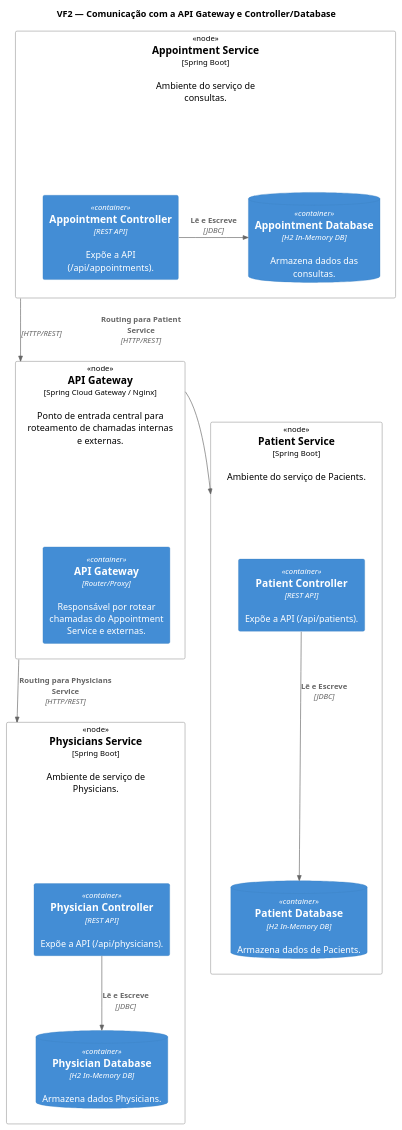
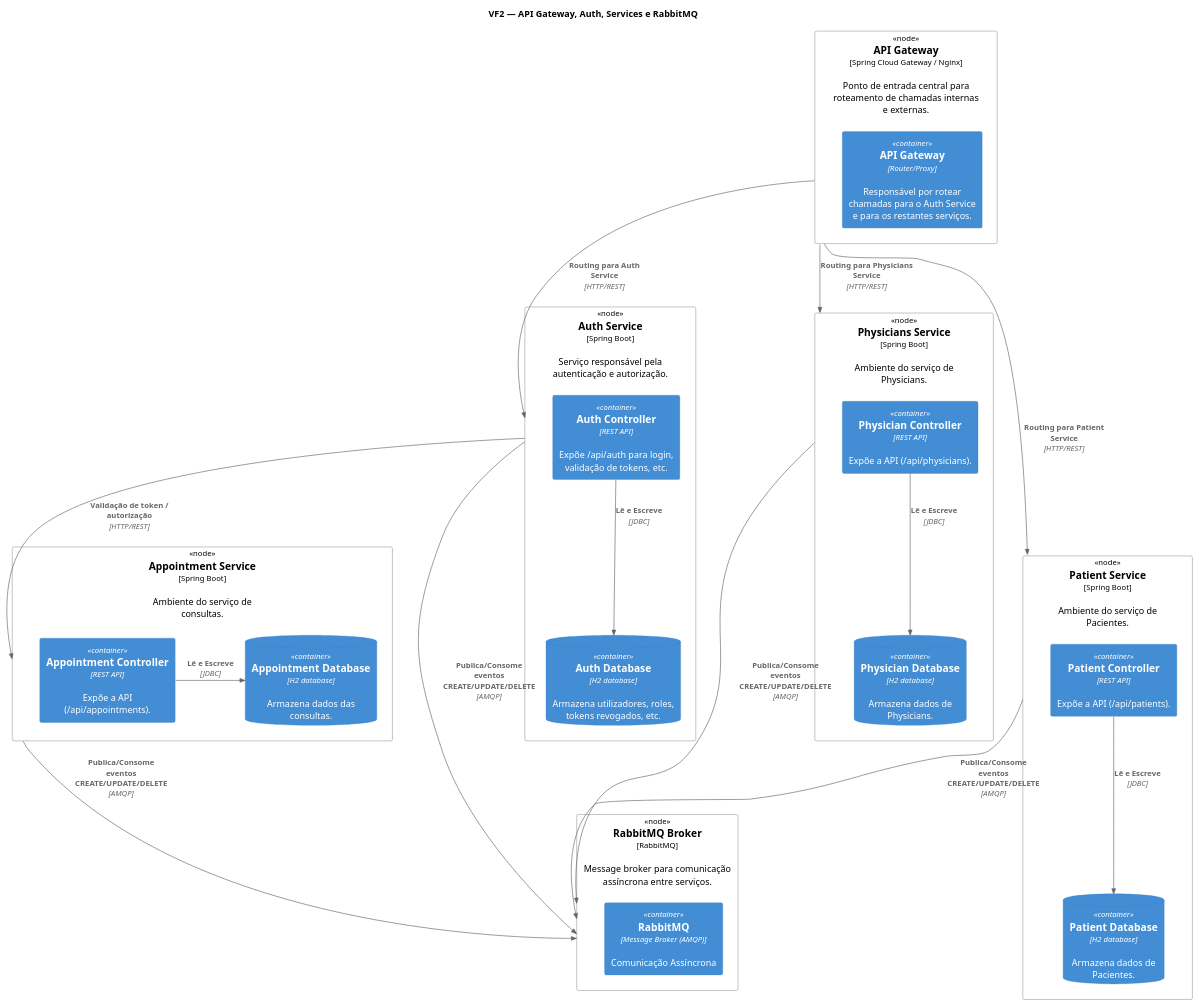
One commit to 1211104/PROJ_SIDIS2025 changed the diagram in docs/iteração2/Vista Física/VF2.puml. Above: the diagram before and after it, drawn with PlantUML. The commit also changed 6 other files, not shown here.

Commit message:
Documentation updated to include RabbitMQ and Auth Service

```diff
--- a/docs/iteração2/Vista Física/VF2.puml
+++ b/docs/iteração2/Vista Física/VF2.puml
@@ -1,36 +1,60 @@
-@startuml C4 Deployment Diagram - With API Gateway
+@startuml C4 Deployment Diagram - With API Gateway and RabbitMQ
 
 !include https://raw.githubusercontent.com/plantuml-stdlib/C4-PlantUML/master/C4_Container.puml
 !include https://raw.githubusercontent.com/plantuml-stdlib/C4-PlantUML/master/C4_Deployment.puml
 
-title VF2 — Comunicação com a API Gateway e Controller/Database
+title VF2 — API Gateway, Auth, Services e RabbitMQ
 
-    Deployment_Node(APIGatewayNode, "API Gateway", "Spring Cloud Gateway / Nginx", "Ponto de entrada central para roteamento de chamadas internas e externas.") {
-        Container(APIGateway, "API Gateway", "Router/Proxy", "Responsável por rotear chamadas do Appointment Service e externas.")
-    }
 
-    Deployment_Node(AppointmentServiceNode, "Appointment Service", "Spring Boot", "Ambiente do serviço de consultas.") {
-        Container(AppointmentController, "Appointment Controller", "REST API", "Expõe a API (/api/appointments).")
-        ContainerDb(AppointmentDB, "Appointment Database", "H2 In-Memory DB", "Armazena dados das consultas.")
-    }
+Deployment_Node(APIGatewayNode, "API Gateway", "Spring Cloud Gateway / Nginx", "Ponto de entrada central para roteamento de chamadas internas e externas.") {
+    Container(APIGateway, "API Gateway", "Router/Proxy", "Responsável por rotear chamadas para o Auth Service e para os restantes serviços.")
+}
 
-    Deployment_Node(PatientServiceNode, "Patient Service", "Spring Boot", "Ambiente do serviço de Pacients.") {
-        Container(PatientController, "Patient Controller", "REST API", "Expõe a API (/api/patients).")
-        ContainerDb(PatientDB, "Patient Database", "H2 In-Memory DB", "Armazena dados de Pacients.")
-    }
 
-    Deployment_Node(PhysicianServiceNode, "Physicians Service", "Spring Boot", "Ambiente de serviço de Physicians.") {
-        Container(PhysicianController, "Physician Controller", "REST API", "Expõe a API (/api/physicians).")
-        ContainerDb(PhysicianDB, "Physician Database", "H2 In-Memory DB", "Armazena dados Physicians.")
-    }
+Deployment_Node(AuthServiceNode, "Auth Service", "Spring Boot", "Serviço responsável pela autenticação e autorização.") {
+    Container(AuthController, "Auth Controller", "REST API", "Expõe /api/auth para login, validação de tokens, etc.")
+    ContainerDb(AuthDB, "Auth Database", "H2 database", "Armazena utilizadores, roles, tokens revogados, etc.")
+}
+
+
+Deployment_Node(AppointmentServiceNode, "Appointment Service", "Spring Boot", "Ambiente do serviço de consultas.") {
+    Container(AppointmentController, "Appointment Controller", "REST API", "Expõe a API (/api/appointments).")
+    ContainerDb(AppointmentDB, "Appointment Database", "H2 database", "Armazena dados das consultas.")
+}
+
+
+Deployment_Node(PatientServiceNode, "Patient Service", "Spring Boot", "Ambiente do serviço de Pacientes.") {
+    Container(PatientController, "Patient Controller", "REST API", "Expõe a API (/api/patients).")
+    ContainerDb(PatientDB, "Patient Database", "H2 database", "Armazena dados de Pacientes.")
+}
+
+
+Deployment_Node(PhysicianServiceNode, "Physicians Service", "Spring Boot", "Ambiente do serviço de Physicians.") {
+    Container(PhysicianController, "Physician Controller", "REST API", "Expõe a API (/api/physicians).")
+    ContainerDb(PhysicianDB, "Physician Database", "H2 database", "Armazena dados de Physicians.")
+}
+
+
+Deployment_Node(RabbitMQNode, "RabbitMQ Broker", "RabbitMQ", "Message broker para comunicação assíncrona entre serviços.") {
+    Container(RabbitMQBroker, "RabbitMQ", "Message Broker (AMQP)", "Comunicação Assíncrona")
+}
+
+
+Rel(APIGatewayNode, AuthServiceNode, "Routing para Auth Service", "HTTP/REST")
+Rel(AuthServiceNode, AppointmentServiceNode, "Validação de token / autorização", "HTTP/REST")
+Rel_Right(APIGatewayNode, PatientServiceNode, "Routing para Patient Service", "HTTP/REST")
+Rel_Down(APIGatewayNode, PhysicianServiceNode, "Routing para Physicians Service", "HTTP/REST")
+
 
 Rel(PatientController, PatientDB, "Lê e Escreve", "JDBC")
 Rel(PhysicianController, PhysicianDB, "Lê e Escreve", "JDBC")
 Rel_Right(AppointmentController, AppointmentDB, "Lê e Escreve", "JDBC")
+Rel(AuthController, AuthDB, "Lê e Escreve", "JDBC")
 
-Rel_Down(AppointmentServiceNode, APIGatewayNode, "", "HTTP/REST")
 
-Rel_Right(APIGatewayNode, PatientServiceNode, "Routing para Patient Service", "HTTP/REST")
-Rel_Down(APIGatewayNode, PhysicianServiceNode, "Routing para Physicians Service", "HTTP/REST")
+Rel(AppointmentServiceNode, RabbitMQNode, "Publica/Consome eventos CREATE/UPDATE/DELETE", "AMQP")
+Rel(PatientServiceNode, RabbitMQNode, "Publica/Consome eventos CREATE/UPDATE/DELETE", "AMQP")
+Rel(PhysicianServiceNode, RabbitMQNode, "Publica/Consome eventos CREATE/UPDATE/DELETE", "AMQP")
+Rel(AuthServiceNode, RabbitMQNode, "Publica/Consome eventos CREATE/UPDATE/DELETE", "AMQP")
 
 @enduml
```
